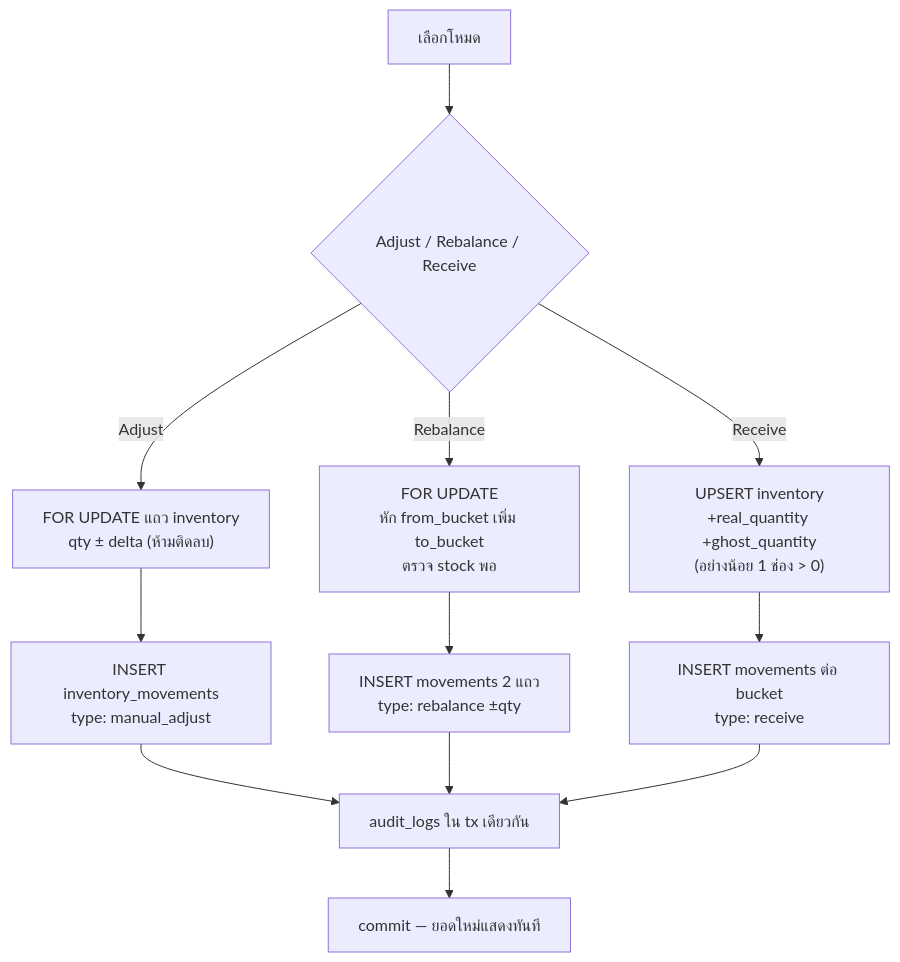
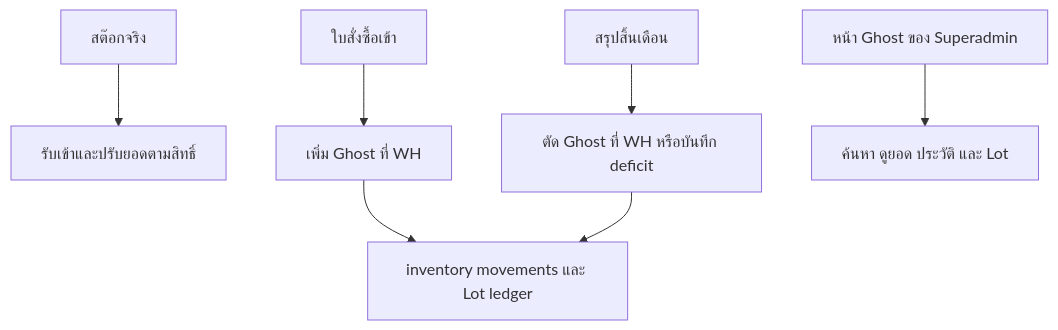
Before and after one commit to piyawatSritavong/pharmacy-erp: the second of 3 diagrams in docs/SPEC.md, drawn with Mermaid. The commit also changed other lines of this file and 1051 other files, not shown here.

````diff
--- a/docs/SPEC.md
+++ b/docs/SPEC.md
@@ -116,12 +79,8 @@
 ```mermaid
 flowchart TD
-    A[เลือกโหมด] --> B{Adjust / Rebalance / Receive}
-    B -- Adjust --> C["FOR UPDATE แถว inventory\nqty ± delta (ห้ามติดลบ)"]
-    B -- Rebalance --> D[FOR UPDATE\nหัก from_bucket เพิ่ม to_bucket\nตรวจ stock พอ]
-    B -- Receive --> R["UPSERT inventory\n+real_quantity +ghost_quantity\n(อย่างน้อย 1 ช่อง > 0)"]
-    C --> E[INSERT inventory_movements\ntype: manual_adjust]
-    D --> F[INSERT movements 2 แถว\ntype: rebalance ±qty]
-    R --> G[INSERT movements ต่อ bucket\ntype: receive]
-    E & F & G --> H[audit_logs ใน tx เดียวกัน]
-    H --> I[commit — ยอดใหม่แสดงทันที]
+    A[สต๊อกจริง] --> B[รับเข้าและปรับยอดตามสิทธิ์]
+    C[ใบสั่งซื้อเข้า] --> D[เพิ่ม Ghost ที่ WH]
+    E[สรุปสิ้นเดือน] --> F[ตัด Ghost ที่ WH หรือบันทึก deficit]
+    D & F --> G[inventory movements และ Lot ledger]
+    H[หน้า Ghost ของ Superadmin] --> I[ค้นหา ดูยอด ประวัติ และ Lot]
 ```
````
